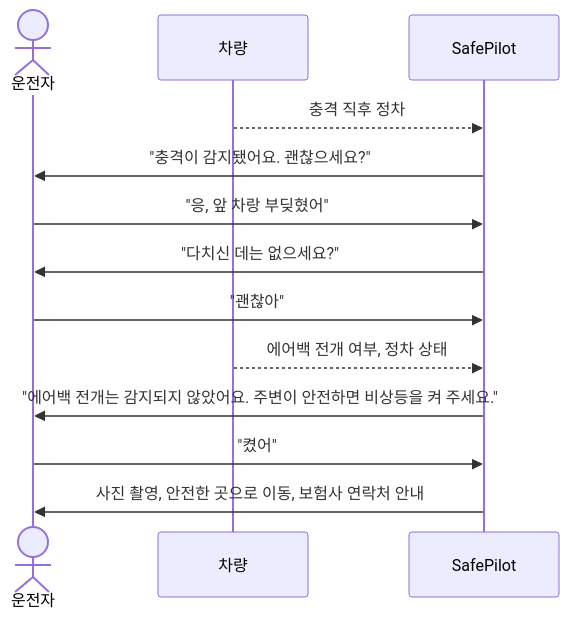
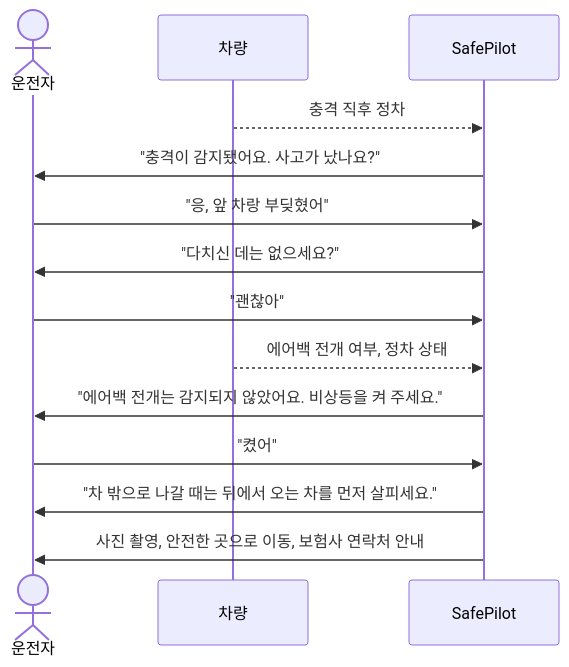
The diagram in proposal/diagrams/05_accident.mmd (rex-next-labs/SafePilot), drawn with Mermaid before and after one commit. The commit also changed 15 other files, not shown here.

```diff
--- a/proposal/diagrams/05_accident.mmd
+++ b/proposal/diagrams/05_accident.mmd
@@ -1,13 +1,14 @@
 sequenceDiagram
     actor D as 운전자
     participant C as 차량
     participant S as SafePilot
     C-->>S: 충격 직후 정차
-    S->>D: "충격이 감지됐어요. 괜찮으세요?"
+    S->>D: "충격이 감지됐어요. 사고가 났나요?"
     D->>S: "응, 앞 차랑 부딪혔어"
     S->>D: "다치신 데는 없으세요?"
     D->>S: "괜찮아"
     C-->>S: 에어백 전개 여부, 정차 상태
-    S->>D: "에어백 전개는 감지되지 않았어요. 주변이 안전하면 비상등을 켜 주세요."
+    S->>D: "에어백 전개는 감지되지 않았어요. 비상등을 켜 주세요."
     D->>S: "켰어"
+    S->>D: "차 밖으로 나갈 때는 뒤에서 오는 차를 먼저 살피세요."
     S->>D: 사진 촬영, 안전한 곳으로 이동, 보험사 연락처 안내
```
